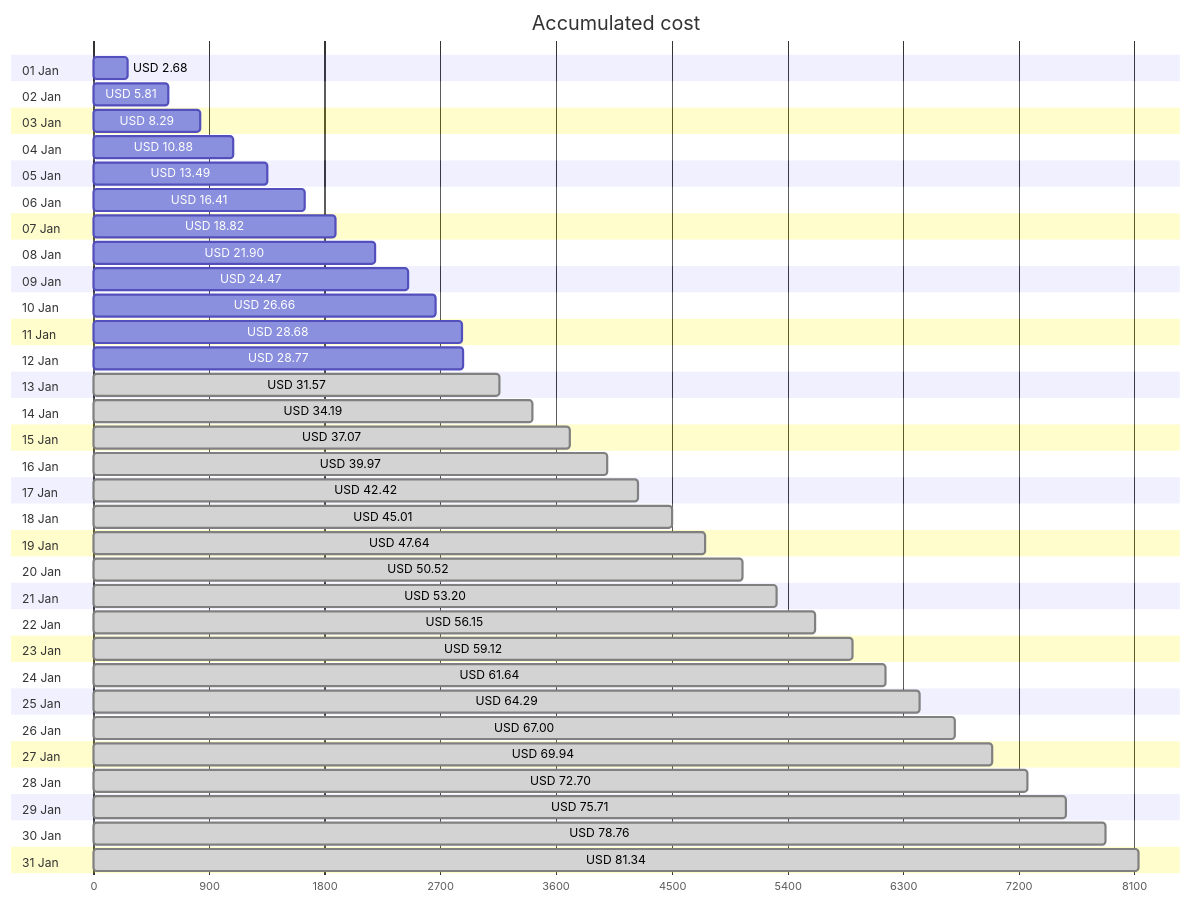
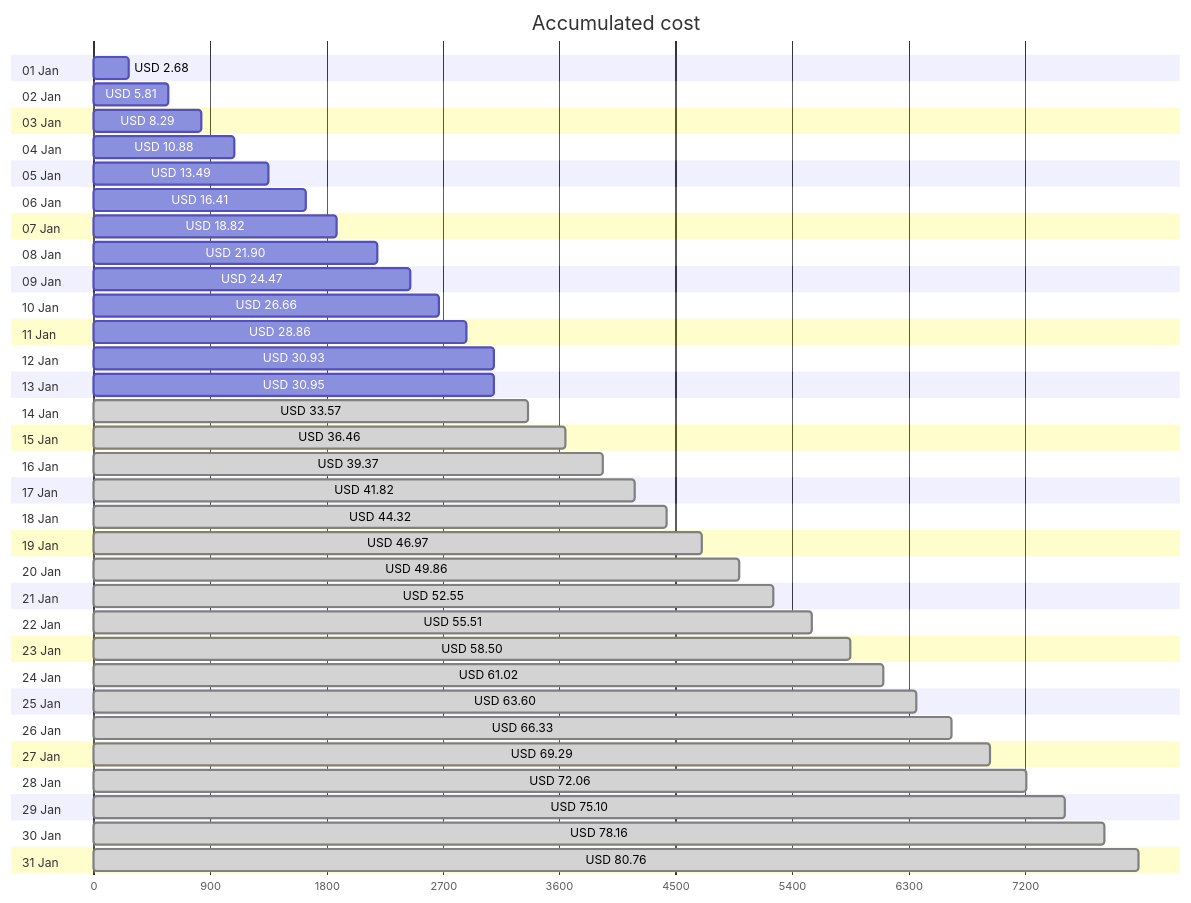
The first of 4 diagrams in cost-reports/accumulated-cost.md (jpfulton/azure-personal-reports), drawn with Mermaid before and after one commit. The commit also changed other lines of this file and 4 other files, not shown here.

````diff
--- a/cost-reports/accumulated-cost.md
+++ b/cost-reports/accumulated-cost.md
@@ -20,68 +20,68 @@
 ```mermaid
 gantt
    title Accumulated cost
    dateFormat  X
    axisFormat %s
    section 01 Jan
    USD 2.68 :0, 268
    section 02 Jan
    USD 5.81 :0, 581
    section 03 Jan
    USD 8.29 :0, 829
    section 04 Jan
    USD 10.88 :0, 1088
    section 05 Jan
    USD 13.49 :0, 1349
    section 06 Jan
    USD 16.41 :0, 1641
    section 07 Jan
    USD 18.82 :0, 1882
    section 08 Jan
    USD 21.90 :0, 2190
    section 09 Jan
    USD 24.47 :0, 2447
    section 10 Jan
    USD 26.66 :0, 2666
    section 11 Jan
-   USD 28.68 :0, 2868
+   USD 28.86 :0, 2886
    section 12 Jan
-   USD 28.77 :0, 2877
+   USD 30.93 :0, 3093
    section 13 Jan
-   USD 31.57 : done, 0, 3157
+   USD 30.95 :0, 3095
    section 14 Jan
-   USD 34.19 : done, 0, 3419
+   USD 33.57 : done, 0, 3357
    section 15 Jan
-   USD 37.07 : done, 0, 3707
+   USD 36.46 : done, 0, 3646
    section 16 Jan
-   USD 39.97 : done, 0, 3997
+   USD 39.37 : done, 0, 3937
    section 17 Jan
-   USD 42.42 : done, 0, 4242
+   USD 41.82 : done, 0, 4182
    section 18 Jan
-   USD 45.01 : done, 0, 4501
+   USD 44.32 : done, 0, 4432
    section 19 Jan
-   USD 47.64 : done, 0, 4764
+   USD 46.97 : done, 0, 4697
    section 20 Jan
-   USD 50.52 : done, 0, 5052
+   USD 49.86 : done, 0, 4986
    section 21 Jan
-   USD 53.20 : done, 0, 5320
+   USD 52.55 : done, 0, 5255
    section 22 Jan
-   USD 56.15 : done, 0, 5615
+   USD 55.51 : done, 0, 5551
    section 23 Jan
-   USD 59.12 : done, 0, 5912
+   USD 58.50 : done, 0, 5850
    section 24 Jan
-   USD 61.64 : done, 0, 6164
+   USD 61.02 : done, 0, 6102
    section 25 Jan
-   USD 64.29 : done, 0, 6429
+   USD 63.60 : done, 0, 6360
    section 26 Jan
-   USD 67.00 : done, 0, 6700
+   USD 66.33 : done, 0, 6633
    section 27 Jan
-   USD 69.94 : done, 0, 6994
+   USD 69.29 : done, 0, 6929
    section 28 Jan
-   USD 72.70 : done, 0, 7270
+   USD 72.06 : done, 0, 7206
    section 29 Jan
-   USD 75.71 : done, 0, 7571
+   USD 75.10 : done, 0, 7510
    section 30 Jan
-   USD 78.76 : done, 0, 7876
+   USD 78.16 : done, 0, 7816
    section 31 Jan
-   USD 81.34 : done, 0, 8134
+   USD 80.76 : done, 0, 8076
 ```
````
